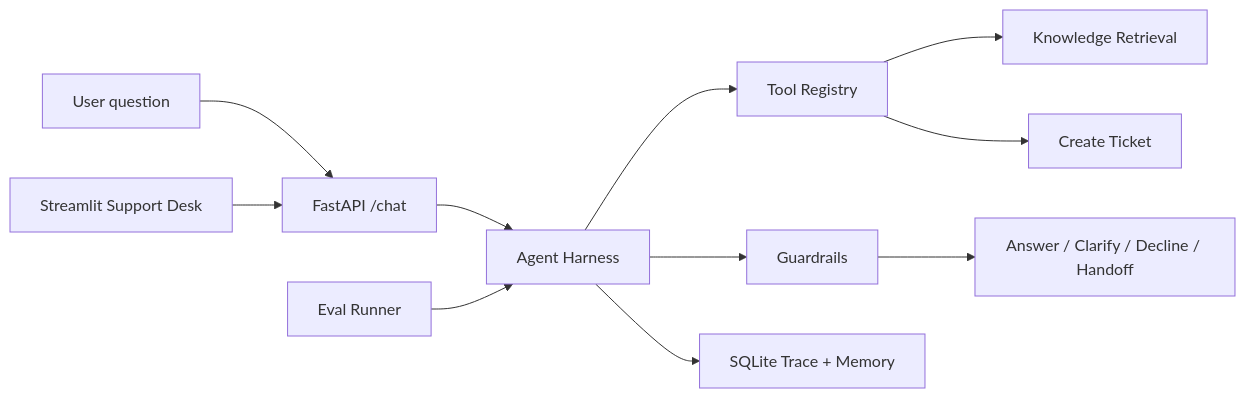
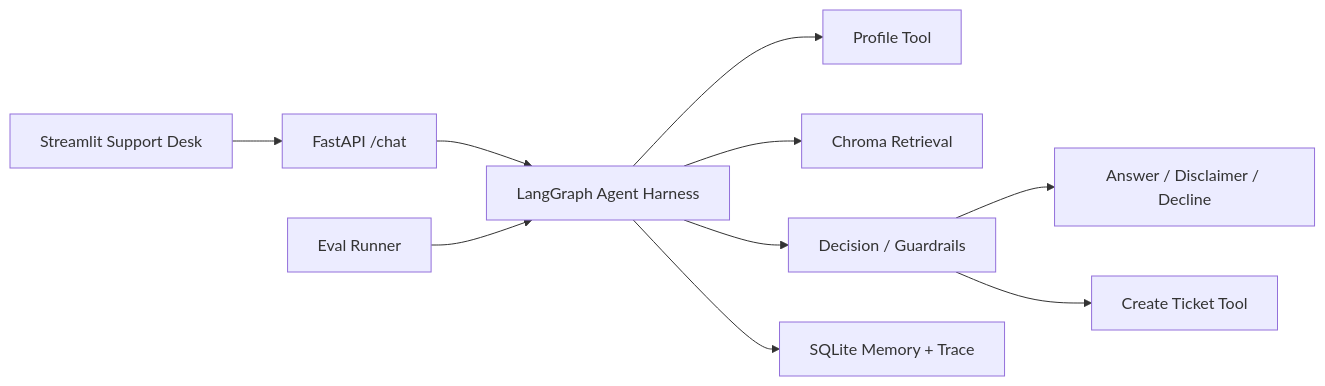
One commit to JiaoZiQ/Knowledge_Support_Agent changed the diagram in README.md. Above: the diagram before and after it, drawn with Mermaid. The commit also changed other lines of this file and 11 other files, not shown here.

Commit message:
Enhance agent with LangGraph and Chroma

````diff
--- a/README.md
+++ b/README.md
@@ -18,13 +19,12 @@
 ```mermaid
 flowchart LR
-  U["User question"] --> A["FastAPI /chat"]
-  A --> H["Agent Harness"]
-  H --> T["Tool Registry"]
-  T --> R["Knowledge Retrieval"]
-  T --> K["Create Ticket"]
-  H --> G["Guardrails"]
-  G --> O["Answer / Clarify / Decline / Handoff"]
-  H --> S["SQLite Trace + Memory"]
-  E["Eval Runner"] --> H
-  UI["Streamlit Support Desk"] --> A
+  UI["Streamlit Support Desk"] --> API["FastAPI /chat"]
+  API --> LG["LangGraph Agent Harness"]
+  LG --> P["Profile Tool"]
+  LG --> R["Chroma Retrieval"]
+  LG --> D["Decision / Guardrails"]
+  D --> A["Answer / Disclaimer / Decline"]
+  D --> T["Create Ticket Tool"]
+  LG --> M["SQLite Memory + Trace"]
+  E["Eval Runner"] --> LG
 ```
````
